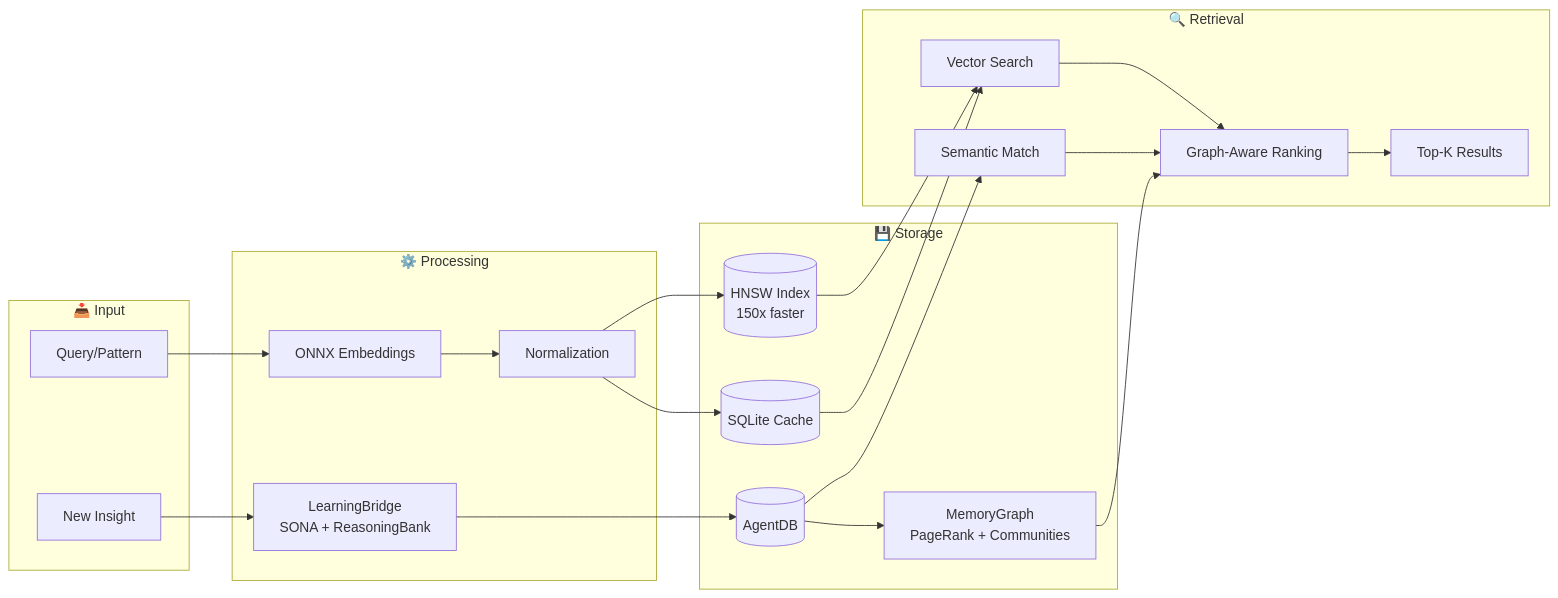
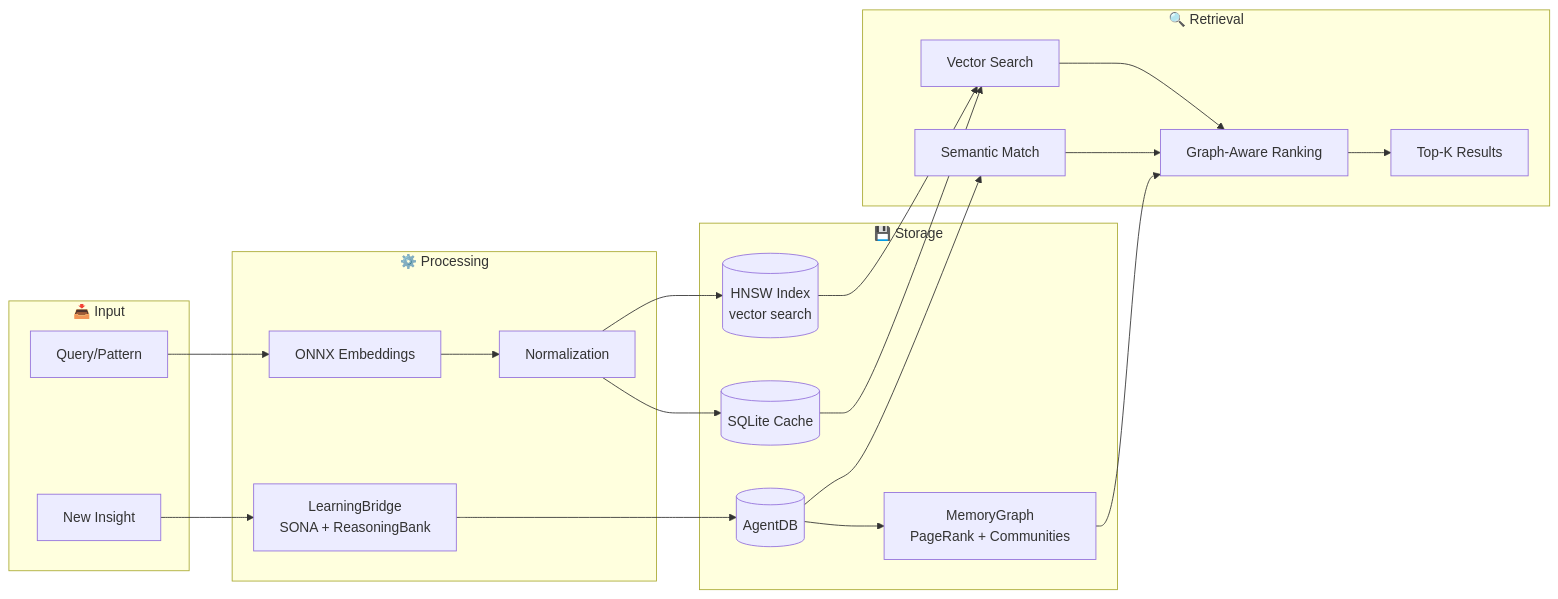
One commit to hypnwtykvmpr/hive-flow changed the fourth of 6 diagrams in README.md. Above: the diagram before and after it, drawn with Mermaid. The commit also changed other lines of this file, not shown here.

First line of the commit message:
docs(readme): remove detached RuVector surfaces + soften unbacked perf claims

````diff
--- a/README.md
+++ b/README.md
@@ -952,42 +905,42 @@
 ```mermaid
 flowchart LR
     subgraph Input["📥 Input"]
         Query[Query/Pattern]
         Insight[New Insight]
     end
 
     subgraph Processing["⚙️ Processing"]
         Embed[ONNX Embeddings]
         Normalize[Normalization]
         Learn[LearningBridge<br/>SONA + ReasoningBank]
     end
 
     subgraph Storage["💾 Storage"]
-        HNSW[(HNSW Index<br/>150x faster)]
+        HNSW[(HNSW Index<br/>vector search)]
         SQLite[(SQLite Cache)]
         AgentDB[(AgentDB)]
         Graph[MemoryGraph<br/>PageRank + Communities]
     end
 
     subgraph Retrieval["🔍 Retrieval"]
         Vector[Vector Search]
         Semantic[Semantic Match]
         Rank[Graph-Aware Ranking]
         Results[Top-K Results]
     end
 
     Query --> Embed
     Embed --> Normalize
     Normalize --> HNSW
     Normalize --> SQLite
     Insight --> Learn
     Learn --> AgentDB
     AgentDB --> Graph
     HNSW --> Vector
     SQLite --> Vector
     AgentDB --> Semantic
     Vector --> Rank
     Semantic --> Rank
     Graph --> Rank
     Rank --> Results
 ```
````
